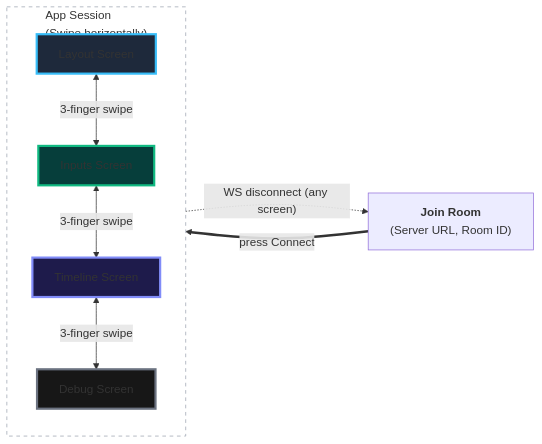
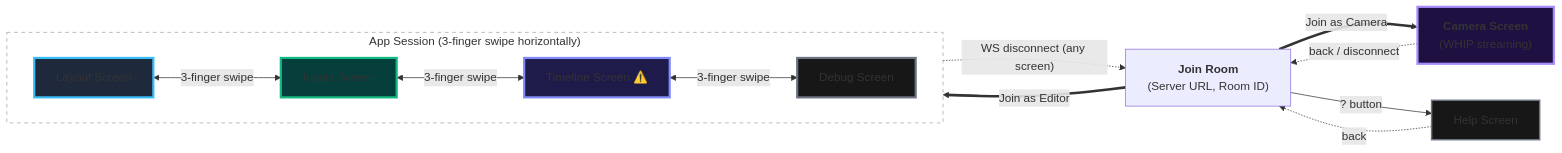
Before and after one commit to smelter-labs/smelter-editor: the first of 4 diagrams in mobile_app/README.md, drawn with Mermaid. The commit also changed other lines of this file and 23 other files, not shown here.

Commit message:
Adds an option to connect to room as whip input from mobile (#124)

````diff
--- a/mobile_app/README.md
+++ b/mobile_app/README.md
@@ -38,27 +34,33 @@
 ```mermaid
 flowchart LR
     JoinRoom["<b>Join Room</b><br/>(Server URL, Room ID)"]
+    Camera["<b>Camera Screen</b><br/>(WHIP streaming)"]
+    Help["Help Screen"]
 
-    subgraph App ["App Session <br>(Swipe horizontally)"]
-        direction TB
+    subgraph App ["App Session (3-finger swipe horizontally)"]
+        direction LR
         Layout["Layout Screen"]
         Inputs["Inputs Screen"]
-        Timeline["Timeline Screen"]
+        Timeline["Timeline Screen ⚠️"]
         Debug["Debug Screen"]
 
         Layout <-->|"3-finger swipe"| Inputs
         Inputs <-->|"3-finger swipe"| Timeline
         Timeline <-->|"3-finger swipe"| Debug
     end
 
-    %% Connection Logic
-    JoinRoom ==>|"press Connect"| Layout
+    JoinRoom ==>|"Join as Editor"| Layout
+    JoinRoom ==>|"Join as Camera"| Camera
+    JoinRoom -->|"? button"| Help
+    Camera -.->|"back / disconnect"| JoinRoom
+    Help -.->|"back"| JoinRoom
     App -.->|"WS disconnect (any screen)"| JoinRoom
 
-    %% Styling
     style Layout fill:#1E293B,stroke:#38BDF8,stroke-width:3px
     style Inputs fill:#063E3B,stroke:#10B981,stroke-width:3px
     style Timeline fill:#1E1B4B,stroke:#818CF8,stroke-width:3px
     style Debug fill:#171717,stroke:#6B7280,stroke-width:3px
+    style Camera fill:#1E1040,stroke:#A78BFA,stroke-width:3px
+    style Help fill:#171717,stroke:#6B7280,stroke-width:2px
     style App fill:none,stroke:#9ca3af,stroke-dasharray: 5 5
 ```
````
